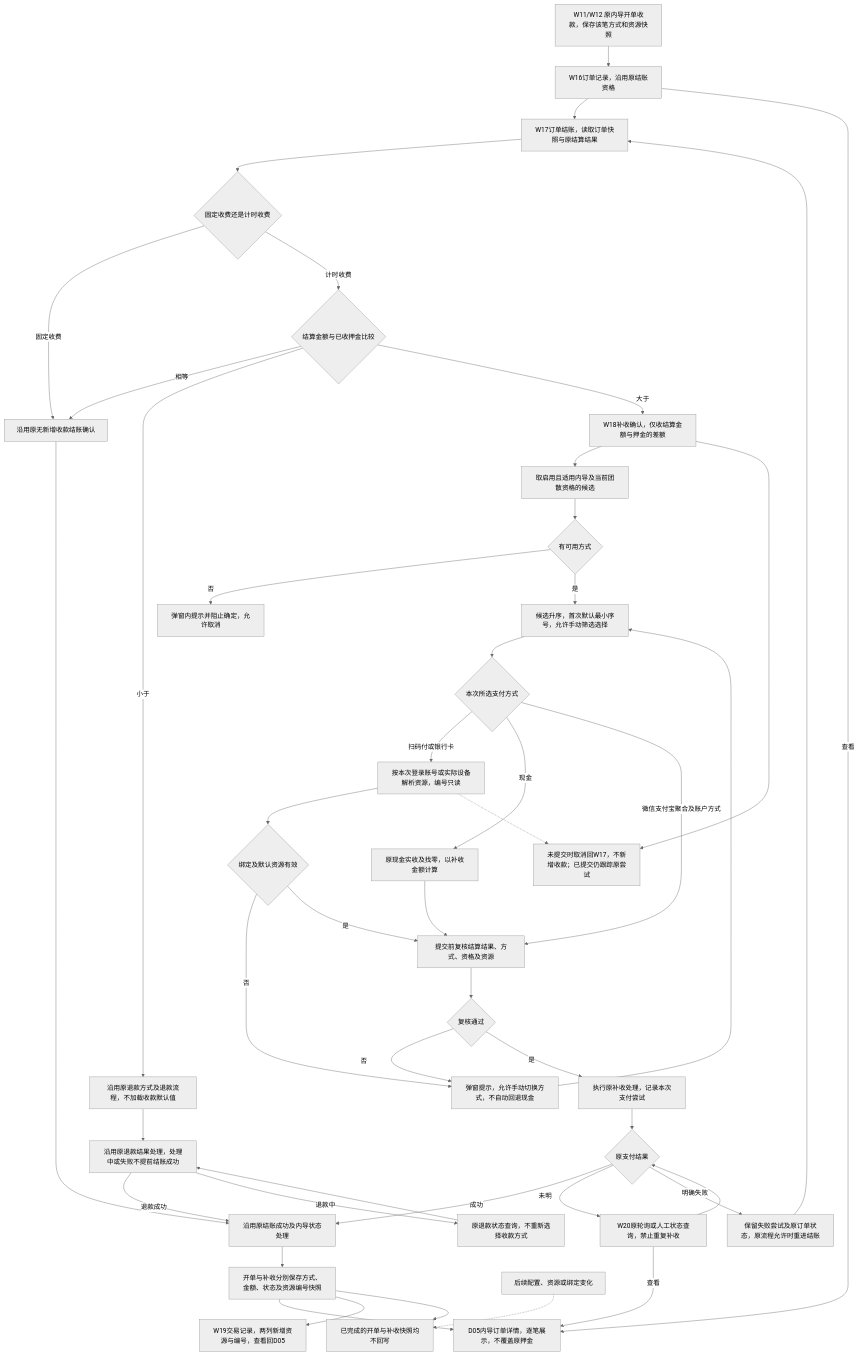
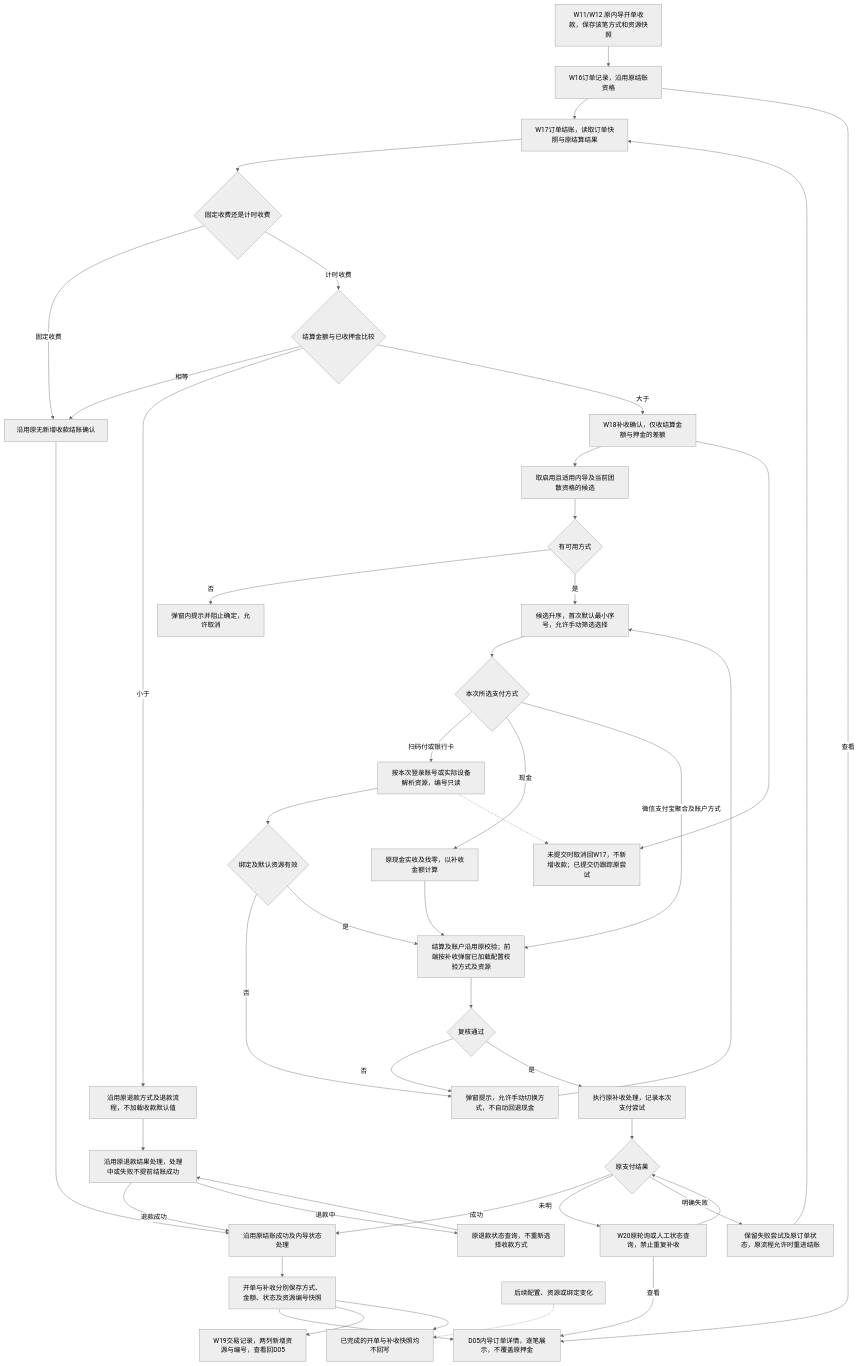
Before and after one commit to susantung/yanuoda: diagram 12 of 12 in dev-test-versions/2026-v3.6-payment-configuration-20261019/02-全程流程图.md, drawn with Mermaid (neutral theme). The commit also changed other lines of this file and 1205 other files, not shown here.

````diff
--- a/dev-test-versions/2026-v3.6-payment-configuration-20261019/02-全程流程图.md
+++ b/dev-test-versions/2026-v3.6-payment-configuration-20261019/02-全程流程图.md
@@ -326,47 +328,47 @@
 ```mermaid
 flowchart TD
   OPEN[W11/W12 原内导开单收款，保存该笔方式和资源快照] --> LIST[W16订单记录，沿用原结账资格]
   LIST --> SETTLE[W17订单结账，读取订单快照与原结算结果]
   SETTLE --> TYPE{固定收费还是计时收费}
   TYPE -->|固定收费| SAME[沿用原无新增收款结账确认]
   TYPE -->|计时收费| DIFF{结算金额与已收押金比较}
   DIFF -->|相等| SAME
   DIFF -->|小于| REFUND[沿用原退款方式及退款流程，不加载收款默认值]
   DIFF -->|大于| PAY[W18补收确认，仅收结算金额与押金的差额]
   PAY --> FILTER[取启用且适用内导及当前团散资格的候选]
   FILTER --> HAS{有可用方式}
   HAS -->|否| EMPTY[弹窗内提示并阻止确定，允许取消]
   HAS -->|是| SORT[候选升序，首次默认最小序号，允许手动筛选选择]
   SORT --> WAY{本次所选支付方式}
   WAY -->|扫码付或银行卡| RESOURCE[按本次登录账号或实际设备解析资源，编号只读]
   RESOURCE --> READY{绑定及默认资源有效}
   READY -->|否| ERROR[弹窗提示，允许手动切换方式，不自动回退现金]
   ERROR --> SORT
-  READY -->|是| REVIEW[提交前复核结算结果、方式、资格及资源]
+  READY -->|是| REVIEW[结算及账户沿用原校验；前端按补收弹窗已加载配置校验方式及资源]
   WAY -->|现金| CASH[原现金实收及找零，以补收金额计算]
   CASH --> REVIEW
   WAY -->|微信支付宝聚合及账户方式| REVIEW
   REVIEW --> VALID{复核通过}
   VALID -->|否| ERROR
   VALID -->|是| PROCESS[执行原补收处理，记录本次支付尝试]
   PROCESS --> RESULT{原支付结果}
   RESULT -->|成功| DONE[沿用原结账成功及内导状态处理]
   RESULT -->|未明| QUERY[W20原轮询或人工状态查询，禁止重复补收]
   QUERY --> RESULT
   RESULT -->|明确失败| FAIL[保留失败尝试及原订单状态，原流程允许时重进结账]
   FAIL --> SETTLE
   SAME --> DONE
   REFUND --> REFUNDRESULT[沿用原退款结果处理，处理中或失败不提前结账成功]
   REFUNDRESULT -->|退款成功| DONE
   REFUNDRESULT -->|退款中| REFUNDQUERY[原退款状态查询，不重新选择收款方式]
   REFUNDQUERY --> REFUNDRESULT
   DONE --> RECORD[开单与补收分别保存方式、金额、状态及资源编号快照]
   RECORD --> DETAIL[D05内导订单详情，逐笔展示，不覆盖原押金]
   RECORD --> TRADES[W19交易记录，两列新增资源与编号，查看回D05]
   LIST -->|查看| DETAIL
   QUERY -->|查看| DETAIL
   RESOURCE -.-> CANCEL[未提交时取消回W17，不新增收款；已提交仍跟踪原尝试]
   PAY --> CANCEL
   CHANGE[后续配置、资源或绑定变化] -.-> HISTORY[已完成的开单与补收快照均不回写]
   RECORD --> HISTORY
 ```
````
